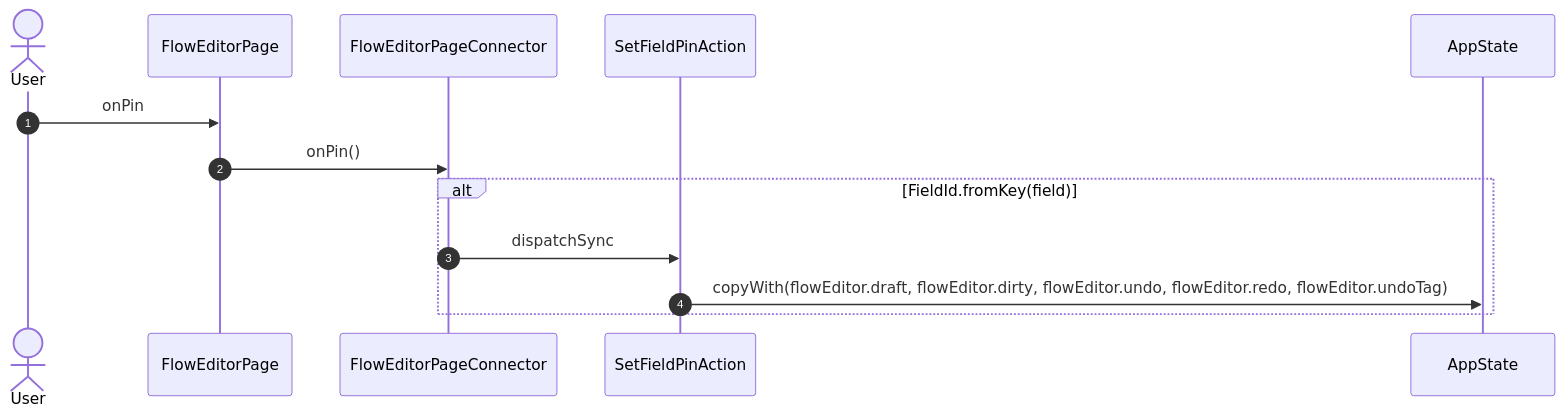
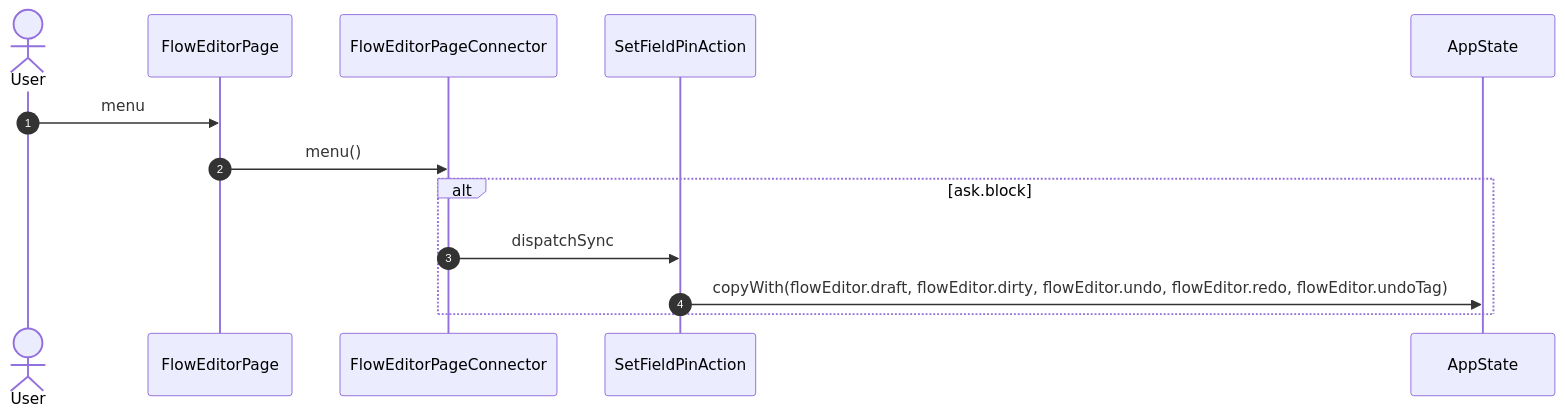
One commit to gencto/wyrm changed diagram 25 of 39 in studio/docs/flows/flowEditor.md. Above: the diagram before and after it, drawn with Mermaid. The commit also changed other lines of this file and 21 other files, not shown here.

````diff
--- a/studio/docs/flows/flowEditor.md
+++ b/studio/docs/flows/flowEditor.md
@@ -457,16 +455,16 @@
 ```mermaid
 sequenceDiagram
     autonumber
     actor User
     participant UI as FlowEditorPage
     participant VM as FlowEditorPageConnector
     participant A1 as SetFieldPinAction
     participant ST as AppState
 
-    User->>UI: onPin
-    UI->>VM: onPin()
-    alt FieldId.fromKey(field)
+    User->>UI: menu
+    UI->>VM: menu()
+    alt ask.block
         VM->>A1: dispatchSync
         A1->>ST: copyWith(flowEditor.draft, flowEditor.dirty, flowEditor.undo, flowEditor.redo, flowEditor.undoTag)
     end
 ```
````
